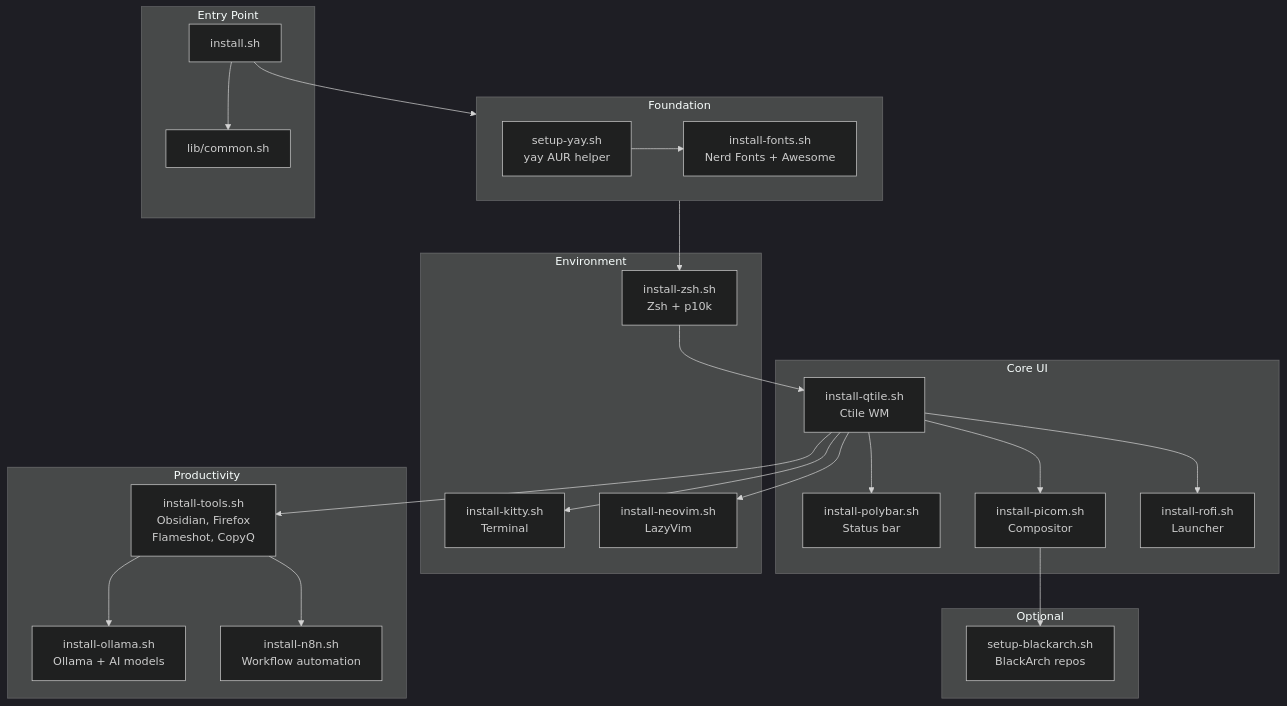
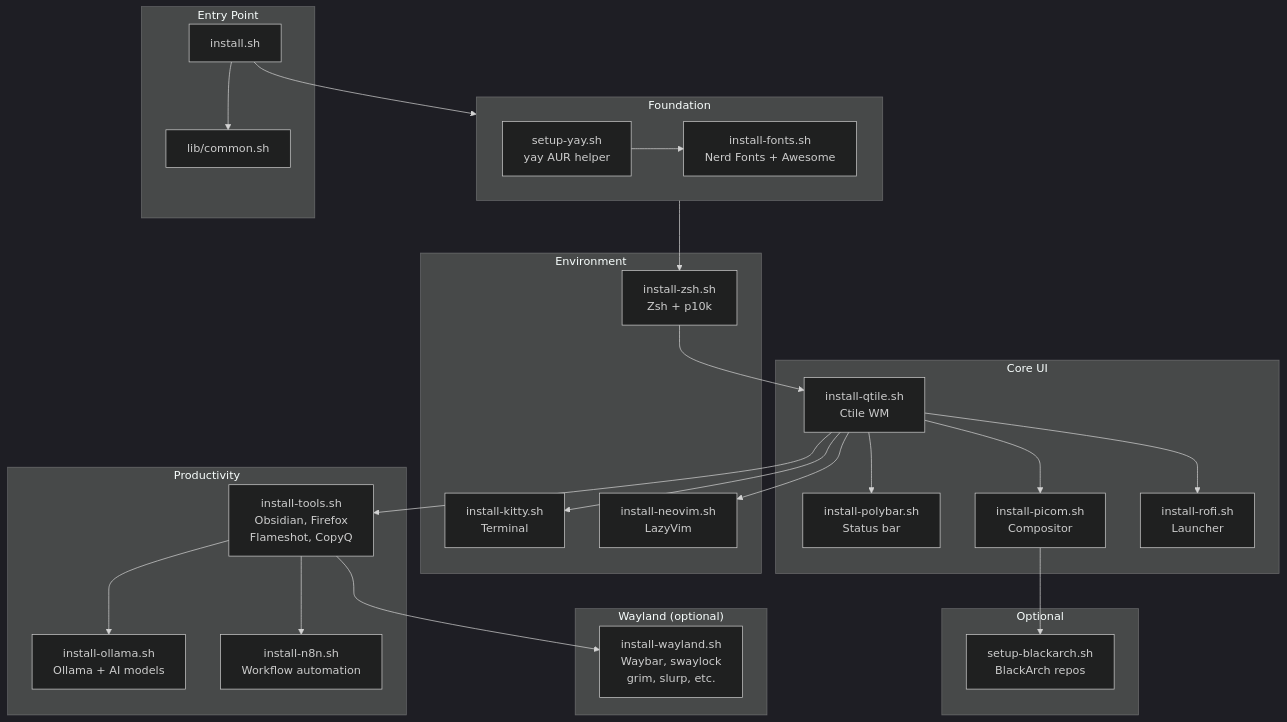
Before and after one commit to D4rkDr4gon/dotfiles: the first of 2 diagrams in docs/automations.md, drawn with Mermaid (dark theme). The commit also changed other lines of this file and 7 other files, not shown here.

````diff
--- a/docs/automations.md
+++ b/docs/automations.md
@@ -21,50 +21,55 @@
 ```mermaid
 graph TB
     subgraph Entry["Entry Point"]
         IS[install.sh]
         LIB[lib/common.sh]
     end
 
     subgraph Foundation["Foundation"]
         direction LR
         SY[setup-yay.sh<br/>yay AUR helper]
         FZ[install-fonts.sh<br/>Nerd Fonts + Awesome]
     end
 
     subgraph CoreUI["Core UI"]
         QT[install-qtile.sh<br/>Ctile WM]
         PB[install-polybar.sh<br/>Status bar]
         PC[install-picom.sh<br/>Compositor]
         RF[install-rofi.sh<br/>Launcher]
     end
 
     subgraph Environment["Environment"]
         ZS[install-zsh.sh<br/>Zsh + p10k]
         KT[install-kitty.sh<br/>Terminal]
         NV[install-neovim.sh<br/>LazyVim]
     end
 
     subgraph Productivity["Productivity"]
         TL[install-tools.sh<br/>Obsidian, Firefox<br/>Flameshot, CopyQ]
         OL[install-ollama.sh<br/>Ollama + AI models]
         N8[install-n8n.sh<br/>Workflow automation]
     end
 
+    subgraph Wayland["Wayland (optional)"]
+        WL[install-wayland.sh<br/>Waybar, swaylock<br/>grim, slurp, etc.]
+    end
+
     subgraph Optional["Optional"]
         BA[setup-blackarch.sh<br/>BlackArch repos]
     end
 
     IS --> LIB
     IS --> SY --> FZ
     FZ --> ZS
     ZS --> QT
     QT --> PB
     QT --> PC
     QT --> RF
     QT --> KT
     QT --> NV
     QT --> TL
+    TL --> WL
     TL --> OL
     TL --> N8
     PC --> BA
 ```
````
